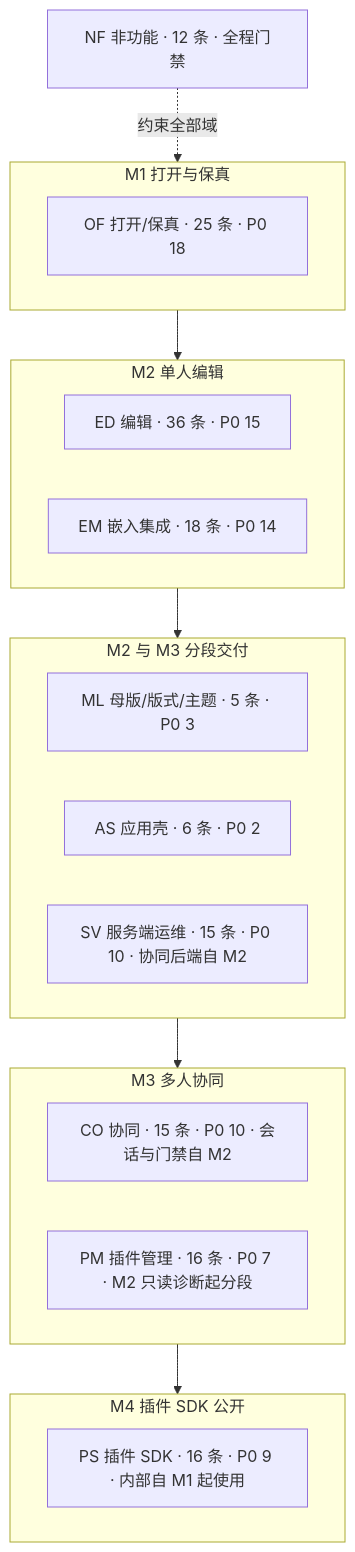
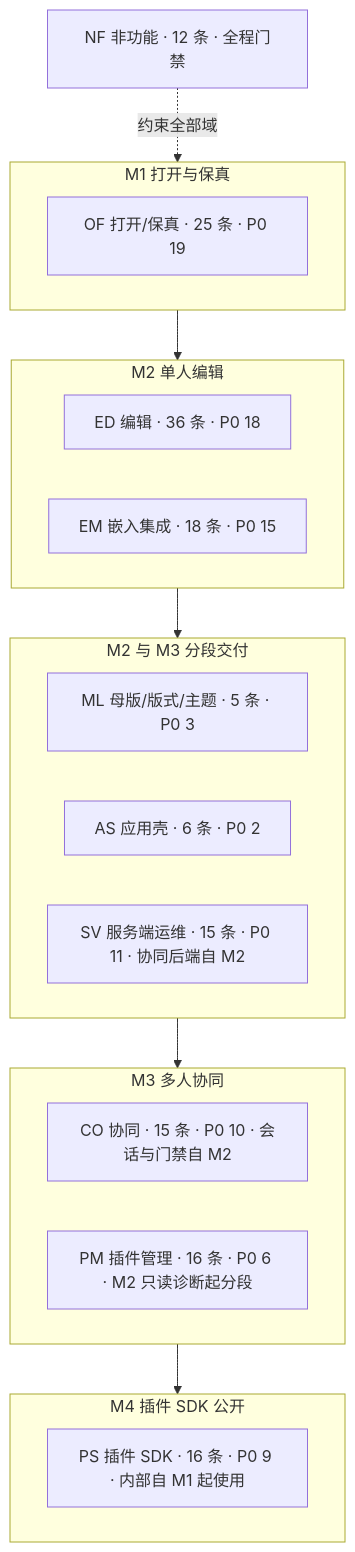
Before and after one commit to Xeonice/cordis-ppt-editor: the first of 3 diagrams in docs/10-prd/README.md, drawn with Mermaid. The commit also changed other lines of this file and 19 other files, not shown here.

````diff
--- a/docs/10-prd/README.md
+++ b/docs/10-prd/README.md
@@ -103,25 +111,25 @@
 ```mermaid
 flowchart TB
   subgraph m1["M1 打开与保真"]
-    OF["OF 打开/保真 · 25 条 · P0 18"]
+    OF["OF 打开/保真 · 25 条 · P0 19"]
   end
   subgraph m2["M2 单人编辑"]
-    ED["ED 编辑 · 36 条 · P0 15"]
-    EM["EM 嵌入集成 · 18 条 · P0 14"]
+    ED["ED 编辑 · 36 条 · P0 18"]
+    EM["EM 嵌入集成 · 18 条 · P0 15"]
   end
   subgraph m23["M2 与 M3 分段交付"]
     ML["ML 母版/版式/主题 · 5 条 · P0 3"]
     AS["AS 应用壳 · 6 条 · P0 2"]
-    SV["SV 服务端运维 · 15 条 · P0 10 · 协同后端自 M2"]
+    SV["SV 服务端运维 · 15 条 · P0 11 · 协同后端自 M2"]
   end
   subgraph m3["M3 多人协同"]
     CO["CO 协同 · 15 条 · P0 10 · 会话与门禁自 M2"]
-    PM["PM 插件管理 · 16 条 · P0 7 · M2 只读诊断起分段"]
+    PM["PM 插件管理 · 16 条 · P0 6 · M2 只读诊断起分段"]
   end
   subgraph m4["M4 插件 SDK 公开"]
     PS["PS 插件 SDK · 16 条 · P0 9 · 内部自 M1 起使用"]
   end
   NF["NF 非功能 · 12 条 · 全程门禁"]
   m1 --> m2 --> m23 --> m3 --> m4
   NF -.->|"约束全部域"| m1
 ```
````
